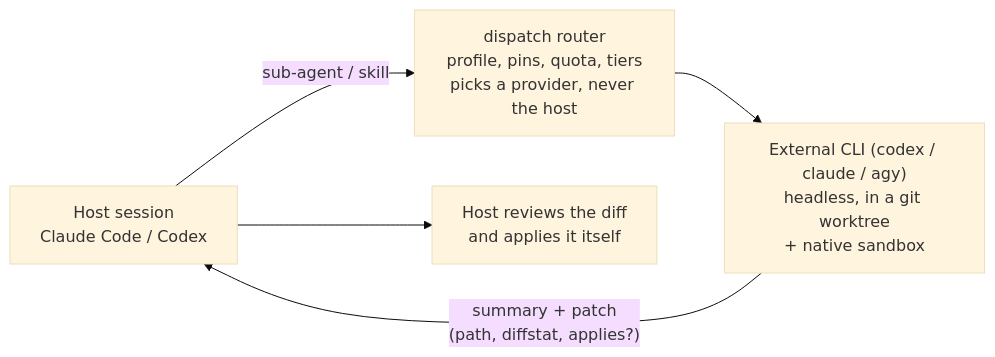
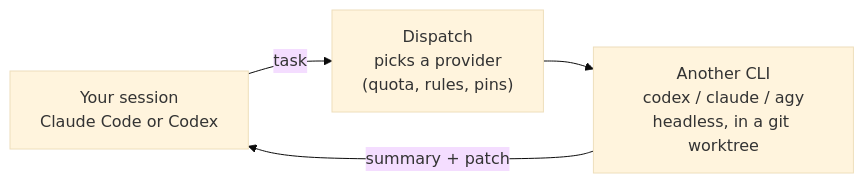
The first of 3 diagrams in README.md (dragonfly25/dispatch), drawn with Mermaid (base theme) before and after one commit. The commit also changed other lines of this file and 198 other files, not shown here.

````diff
--- a/README.md
+++ b/README.md
@@ -34,9 +34,8 @@
 ```mermaid
 flowchart LR
-    host["Host session<br/>Claude Code / Codex"]
-    router["dispatch router<br/>profile, pins, quota, tiers<br/>picks a provider, never the host"]
-    ext["External CLI (codex / claude / agy)<br/>headless, in a git worktree<br/>+ native sandbox"]
-    host -- "sub-agent / skill" --> router --> ext
-    ext -- "summary + patch<br/>(path, diffstat, applies?)" --> host
-    host --> review["Host reviews the diff<br/>and applies it itself"]
+    host["Your session<br/>Claude Code or Codex"]
+    router["Dispatch<br/>picks a provider<br/>(quota, rules, pins)"]
+    ext["Another CLI<br/>codex / claude / agy<br/>headless, in a git worktree"]
+    host -- "task" --> router --> ext
+    ext -- "summary + patch" --> host
 ```
````
